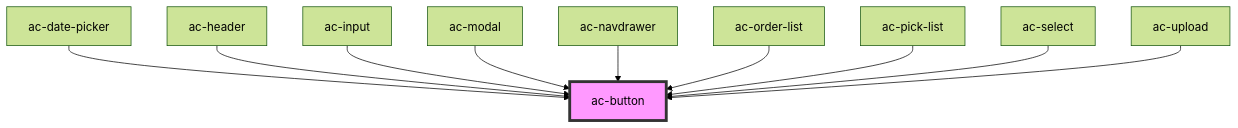
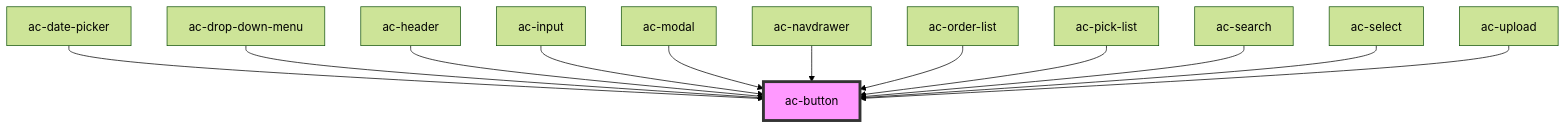
One commit to accera-tech/solar-components changed the diagram in src/components/atoms/ac-button/readme.md. Above: the diagram before and after it, drawn with Mermaid (forest theme). The commit also changed other lines of this file and 10 other files, not shown here.

````diff
--- a/src/components/atoms/ac-button/readme.md
+++ b/src/components/atoms/ac-button/readme.md
@@ -38,13 +40,15 @@
 ```mermaid
 graph TD;
   ac-date-picker --> ac-button
+  ac-drop-down-menu --> ac-button
   ac-header --> ac-button
   ac-input --> ac-button
   ac-modal --> ac-button
   ac-navdrawer --> ac-button
   ac-order-list --> ac-button
   ac-pick-list --> ac-button
+  ac-search --> ac-button
   ac-select --> ac-button
   ac-upload --> ac-button
   style ac-button fill:#f9f,stroke:#333,stroke-width:4px
 ```
````
